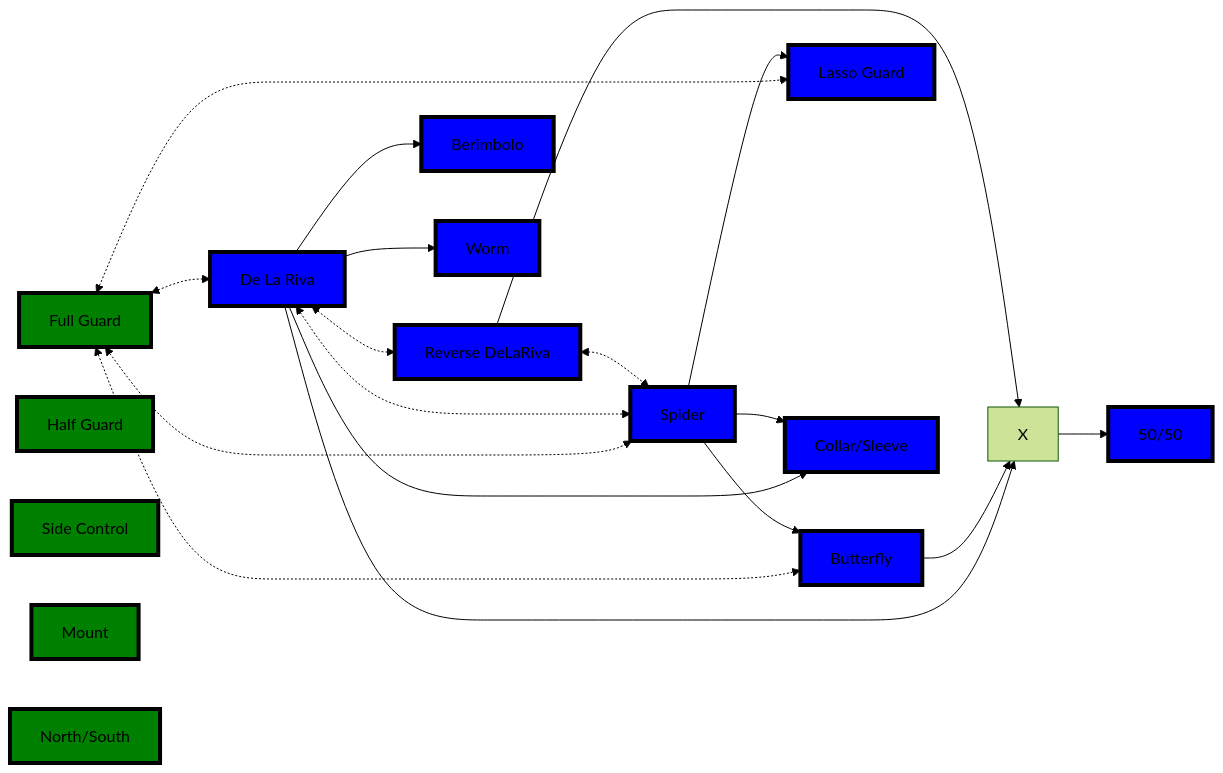
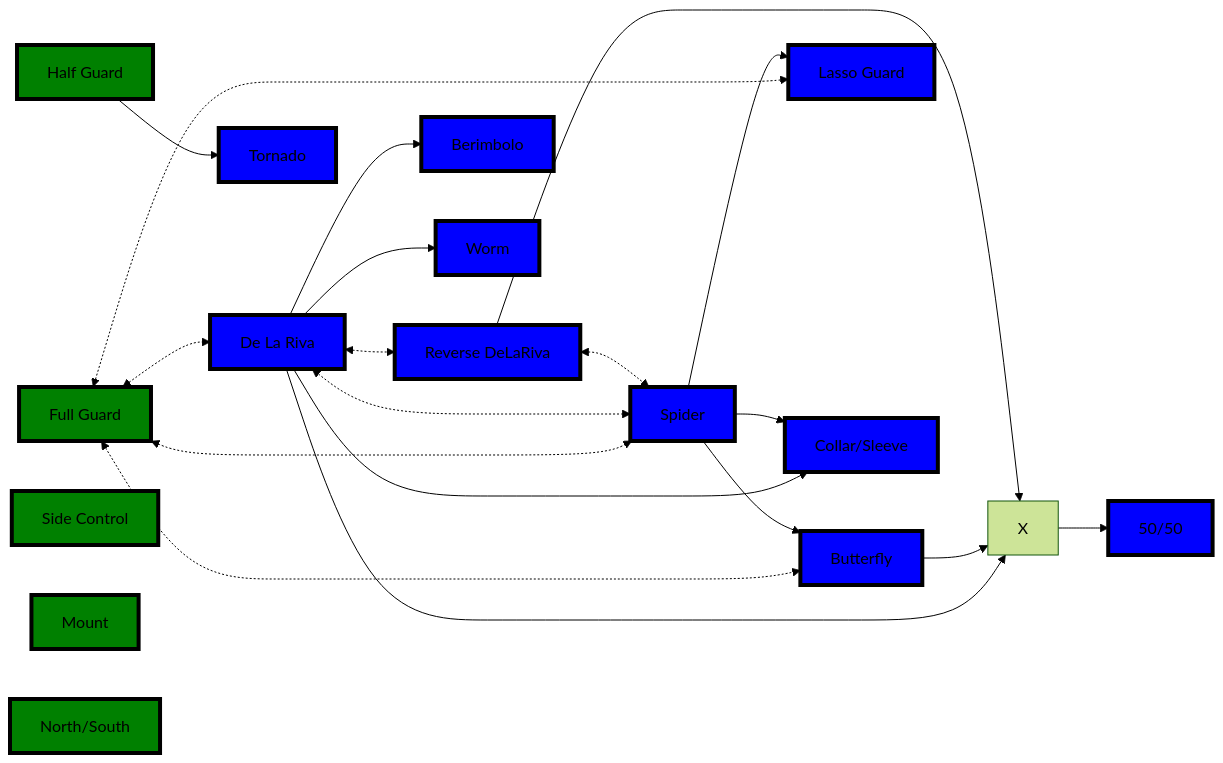
The diagram in _BJJ/Guards Directory.md (jacgit18/DevHiveMind), drawn with Mermaid (forest theme) before and after one commit.

Commit message:
M "_BJJ/Guards Directory.md"

````diff
--- a/_BJJ/Guards Directory.md
+++ b/_BJJ/Guards Directory.md
@@ -17,65 +17,70 @@
 ``` mermaid
 flowchart LR
     A[Full Guard] 
     B[De La Riva] 
     C[Spider]
     D[Butterfly]
     E[Lasso Guard]
     F[X]
 	G[Collar/Sleeve]
 	H[Half Guard] 
 	I[Side Control] 
 	J[Mount] 
 	K[North/South] 
 	L[Reverse DeLaRiva] 
 	M[Berimbolo]
 	N[50/50]
 	O[Worm]
+	P[Tornado]
 	
     A <-.-> B
     A <-.-> C
     A <-.-> D
     A <-.-> E
     B <-.-> C
     B --> F
     B --> G
     B <-.-> L
     B --> M
     B --> O
     C --> D
     C --> E
     C --> G
 	D --> F
 	F --> N
+	H --> P
 	L <-.-> C
 	L --> F
+	
 
 
 style A fill:green,stroke:black,stroke-width:4px,shadow:shadow
 
 style B fill:blue,stroke:black,stroke-width:4px,shadow:shadow
 
 style C fill:blue,stroke:black,stroke-width:4px,shadow:shadow
 
 style D fill:blue,stroke:black,stroke-width:4px,shadow:shadow
 
 style E fill:blue,stroke:black,stroke-width:4px,shadow:shadow
 
 style G fill:blue,stroke:black,stroke-width:4px,shadow:shadow
 
 style H fill:green,stroke:black,stroke-width:4px,shadow:shadow
 
 style I fill:green,stroke:black,stroke-width:4px,shadow:shadow
 
 style J fill:green,stroke:black,stroke-width:4px,shadow:shadow
 
 style K fill:green,stroke:black,stroke-width:4px,shadow:shadow
 
 style L fill:blue,stroke:black,stroke-width:4px,shadow:shadow
 
 style M fill:blue,stroke:black,stroke-width:4px,shadow:shadow
 
 style N fill:blue,stroke:black,stroke-width:4px,shadow:shadow
 
 style O fill:blue,stroke:black,stroke-width:4px,shadow:shadow
+
+style P fill:blue,stroke:black,stroke-width:4px,shadow:shadow
 ```
````
